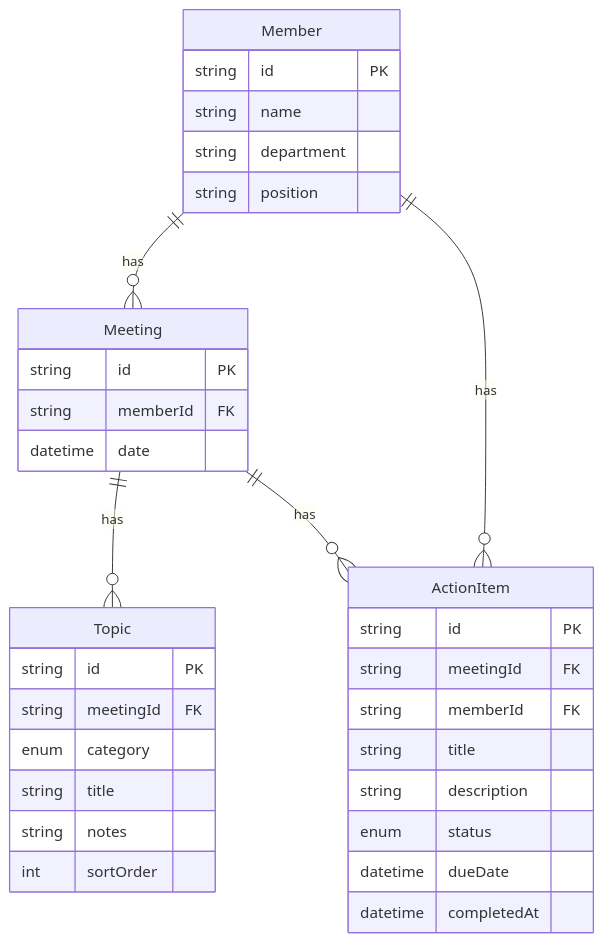
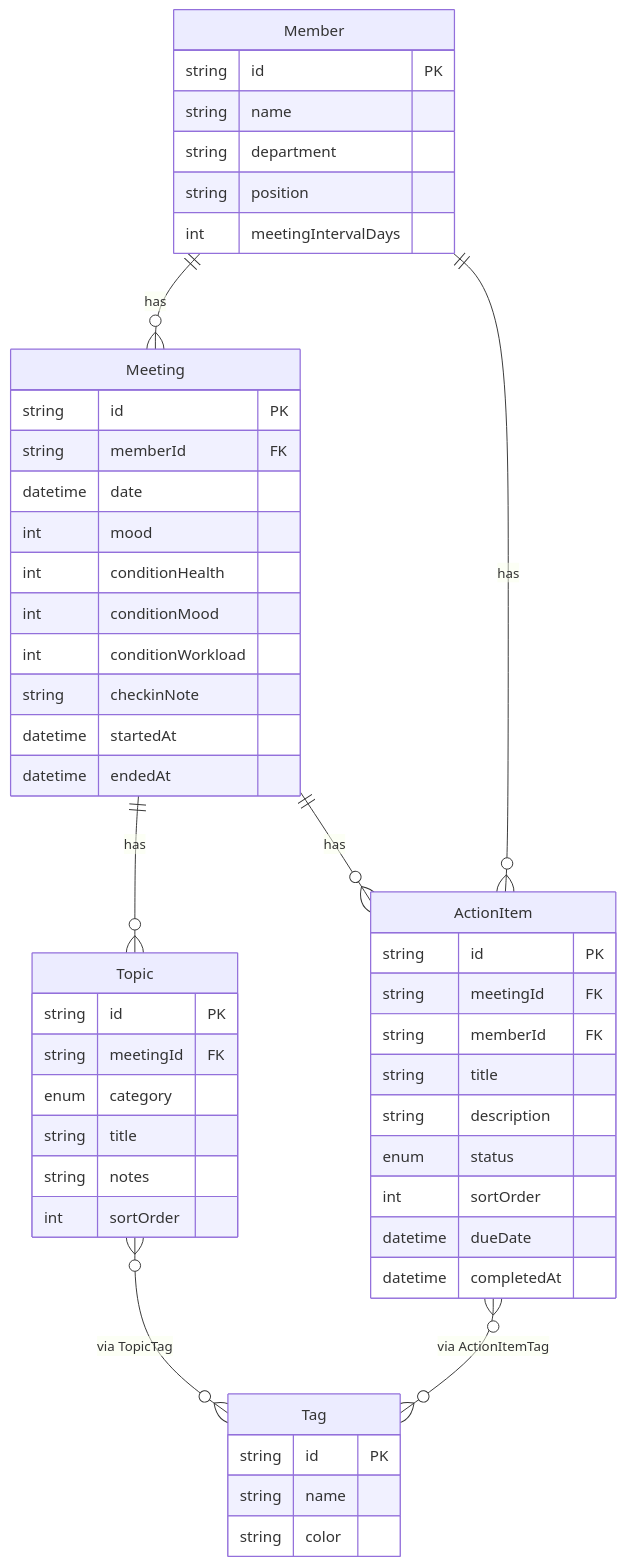
The diagram in README.md (dtakamiya/nudge), drawn with Mermaid before and after one commit. The commit also changed other lines of this file and 2 other files, not shown here.

````diff
--- a/README.md
+++ b/README.md
@@ -91,40 +101,57 @@
 ```mermaid
 erDiagram
     Member ||--o{ Meeting : has
     Member ||--o{ ActionItem : has
     Meeting ||--o{ Topic : has
     Meeting ||--o{ ActionItem : has
+    Topic }o--o{ Tag : "via TopicTag"
+    ActionItem }o--o{ Tag : "via ActionItemTag"
 
     Member {
         string id PK
         string name
         string department
         string position
+        int meetingIntervalDays
     }
 
     Meeting {
         string id PK
         string memberId FK
         datetime date
+        int mood
+        int conditionHealth
+        int conditionMood
+        int conditionWorkload
+        string checkinNote
+        datetime startedAt
+        datetime endedAt
     }
 
     Topic {
         string id PK
         string meetingId FK
         enum category
         string title
         string notes
         int sortOrder
     }
 
     ActionItem {
         string id PK
         string meetingId FK
         string memberId FK
         string title
         string description
         enum status
+        int sortOrder
         datetime dueDate
         datetime completedAt
     }
+
+    Tag {
+        string id PK
+        string name
+        string color
+    }
 ```
````
